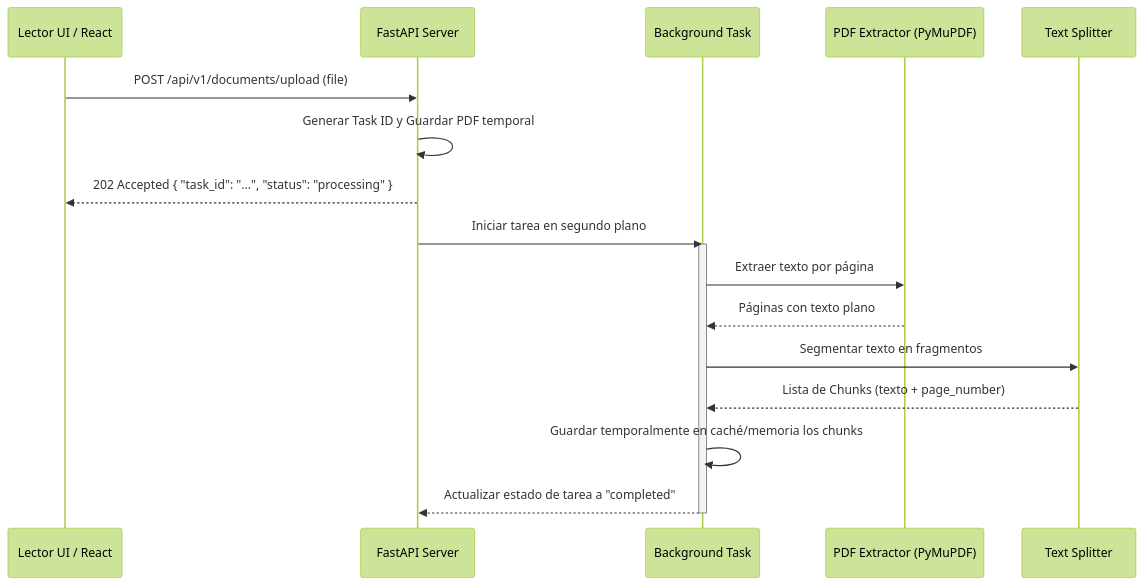
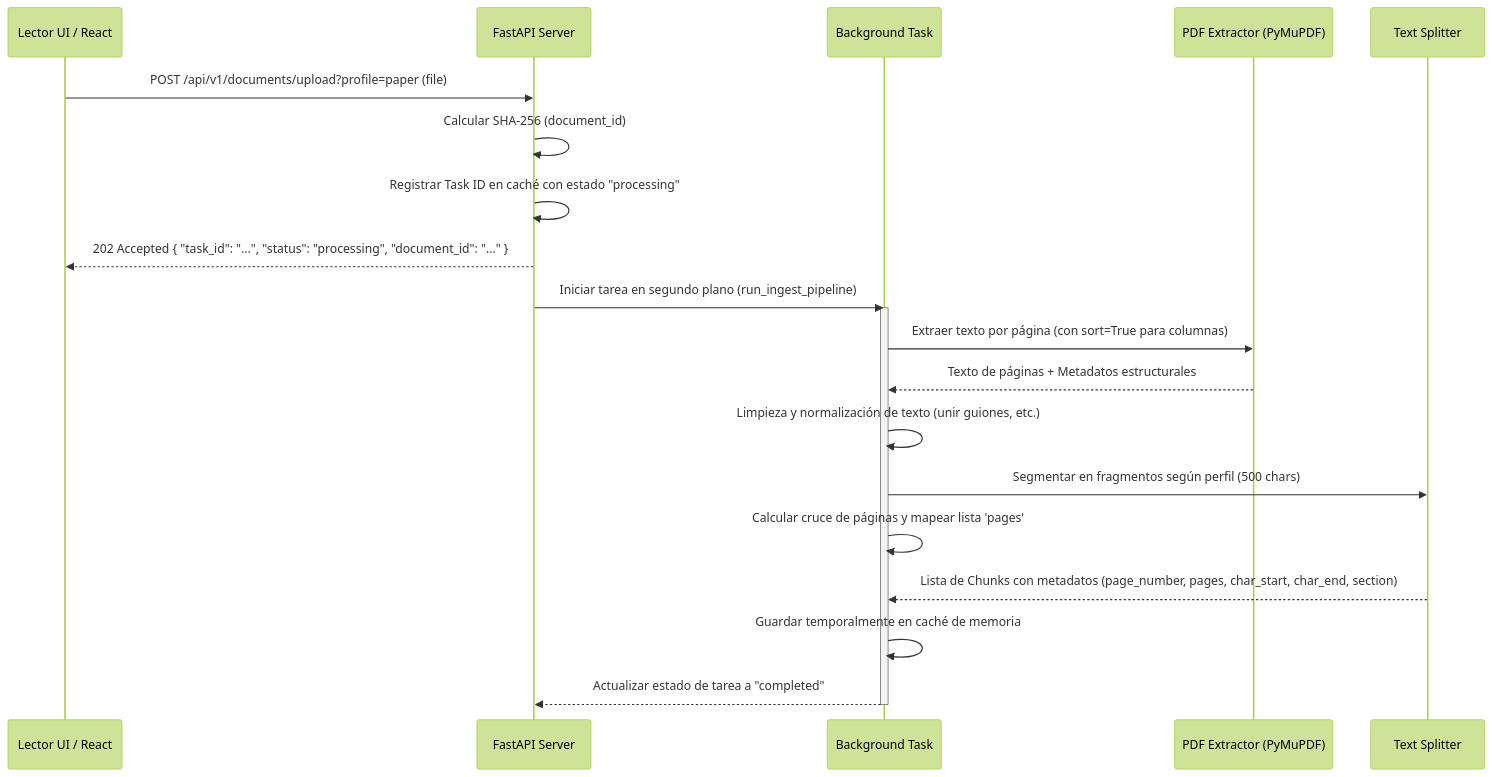
Before and after one commit to marcorepetto/leyemdo: the diagram in specs/parsing-chunking/spec.md, drawn with Mermaid (forest theme). The commit also changed other lines of this file and 1 other file, not shown here.

Commit message:
docs(parsing-chunking): definicion aprobada con soporte para formulas y cruce de paginas

````diff
--- a/specs/parsing-chunking/spec.md
+++ b/specs/parsing-chunking/spec.md
@@ -33,22 +53,25 @@
 ```mermaid
 sequenceDiagram
     participant UI as Lector UI / React
     participant API as FastAPI Server
     participant BG as Background Task
     participant Extractor as PDF Extractor (PyMuPDF)
     participant Splitter as Text Splitter
 
-    UI->>API: POST /api/v1/documents/upload (file)
-    API->>API: Generar Task ID y Guardar PDF temporal
-    API-->>UI: 202 Accepted { "task_id": "...", "status": "processing" }
+    UI->>API: POST /api/v1/documents/upload?profile=paper (file)
+    API->>API: Calcular SHA-256 (document_id)
+    API->>API: Registrar Task ID en caché con estado "processing"
+    API-->>UI: 202 Accepted { "task_id": "...", "status": "processing", "document_id": "..." }
     
-    API->>BG: Iniciar tarea en segundo plano
+    API->>BG: Iniciar tarea en segundo plano (run_ingest_pipeline)
     activate BG
-    BG->>Extractor: Extraer texto por página
-    Extractor-->>BG: Páginas con texto plano
-    BG->>Splitter: Segmentar texto en fragmentos
-    Splitter-->>BG: Lista de Chunks (texto + page_number)
-    BG->>BG: Guardar temporalmente en caché/memoria los chunks
+    BG->>Extractor: Extraer texto por página (con sort=True para columnas)
+    Extractor-->>BG: Texto de páginas + Metadatos estructurales
+    BG->>BG: Limpieza y normalización de texto (unir guiones, etc.)
+    BG->>Splitter: Segmentar en fragmentos según perfil (500 chars)
+    BG->>BG: Calcular cruce de páginas y mapear lista 'pages'
+    Splitter-->>BG: Lista de Chunks con metadatos (page_number, pages, char_start, char_end, section)
+    BG->>BG: Guardar temporalmente en caché de memoria
     BG-->>API: Actualizar estado de tarea a "completed"
     deactivate BG
 ```
````
